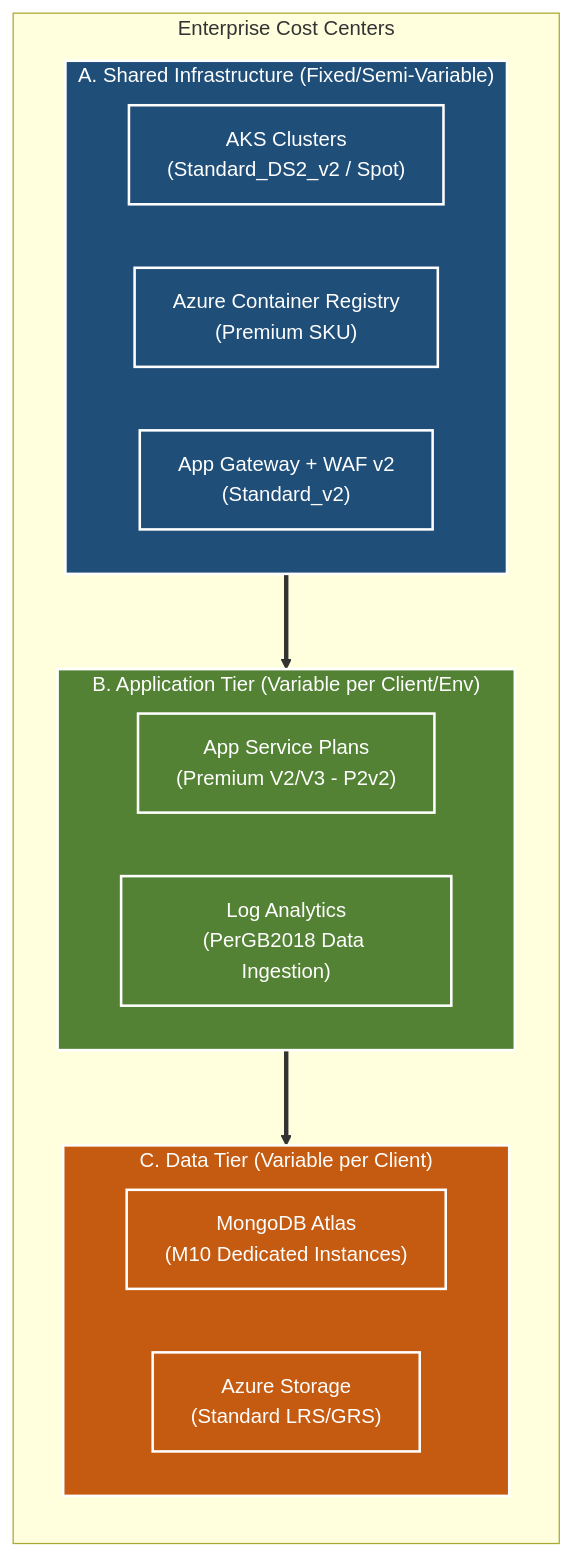
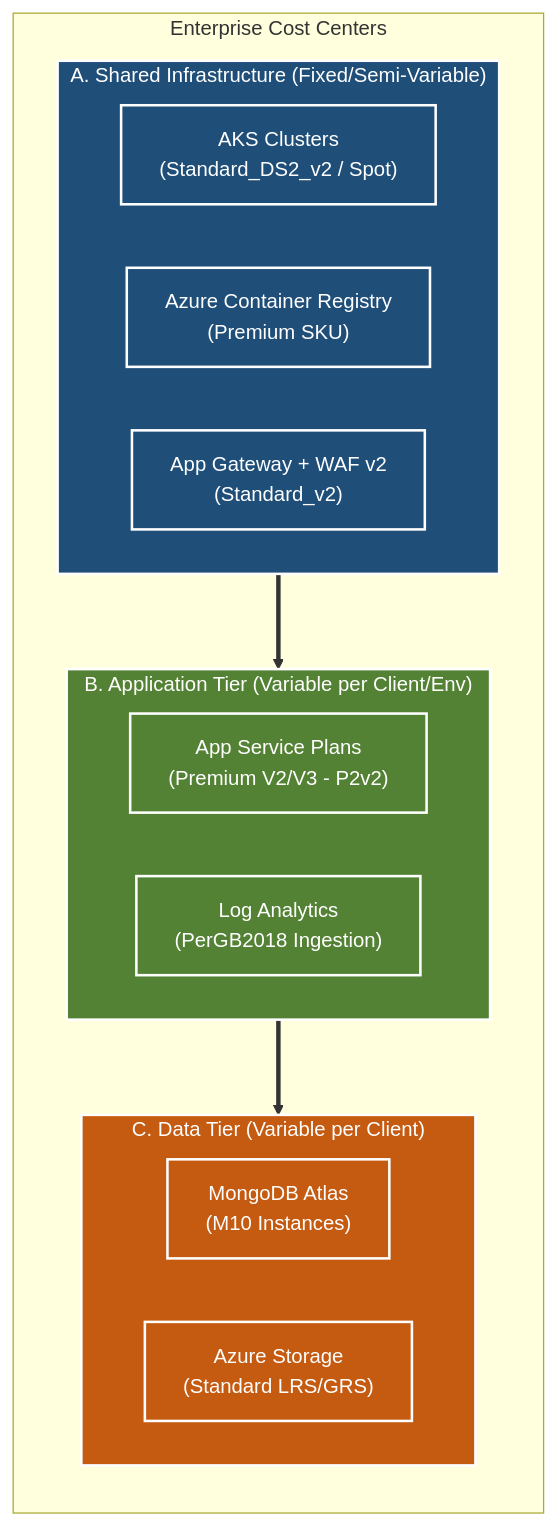
The first of 9 diagrams in docs/821-FINOPS_ARCH_ANALYSIS.md (nubenetes/terraform-azure-devops-agentic), drawn with Mermaid before and after one commit. The commit also changed other lines of this file and 23 other files, not shown here.

Commit message:
docs: establish automated Mermaid validator and eliminate text clipping repo-wide

````diff
--- a/docs/821-FINOPS_ARCH_ANALYSIS.md
+++ b/docs/821-FINOPS_ARCH_ANALYSIS.md
@@ -53,27 +53,27 @@
 ```mermaid
 graph TD
     classDef fixed fill:#1f4e79,stroke:#fff,stroke-width:2px,color:#fff
     classDef variable fill:#548235,stroke:#fff,stroke-width:2px,color:#fff
     classDef hybrid fill:#c55a11,stroke:#fff,stroke-width:2px,color:#fff
     subgraph Cost_Architecture ["Enterprise Cost Centers"]
         direction TB
         subgraph Fixed ["A. Shared Infrastructure (Fixed/Semi-Variable)"]
             AKS["AKS Clusters<br/>(Standard_DS2_v2 / Spot)"]
             ACR["Azure Container Registry<br/>(Premium SKU)"]
             WAF["App Gateway + WAF v2<br/>(Standard_v2)"]
         end
         subgraph Variable ["B. Application Tier (Variable per Client/Env)"]
             ASP["App Service Plans<br/>(Premium V2/V3 - P2v2)"]
-            LOGS["Log Analytics<br/>(PerGB2018 Data Ingestion)"]
+            LOGS["Log Analytics<br/>(PerGB2018 Ingestion)"]
         end
         subgraph Data ["C. Data Tier (Variable per Client)"]
-            ATLAS["MongoDB Atlas<br/>(M10 Dedicated Instances)"]
+            ATLAS["MongoDB Atlas<br/>(M10 Instances)"]
             SA["Azure Storage<br/>(Standard LRS/GRS)"]
         end
     end
     Fixed ==> Variable
     Variable ==> Data
     class Fixed,AKS,ACR,WAF fixed
     class Variable,ASP,LOGS variable
     class Data,ATLAS,SA hybrid
 ```
````
